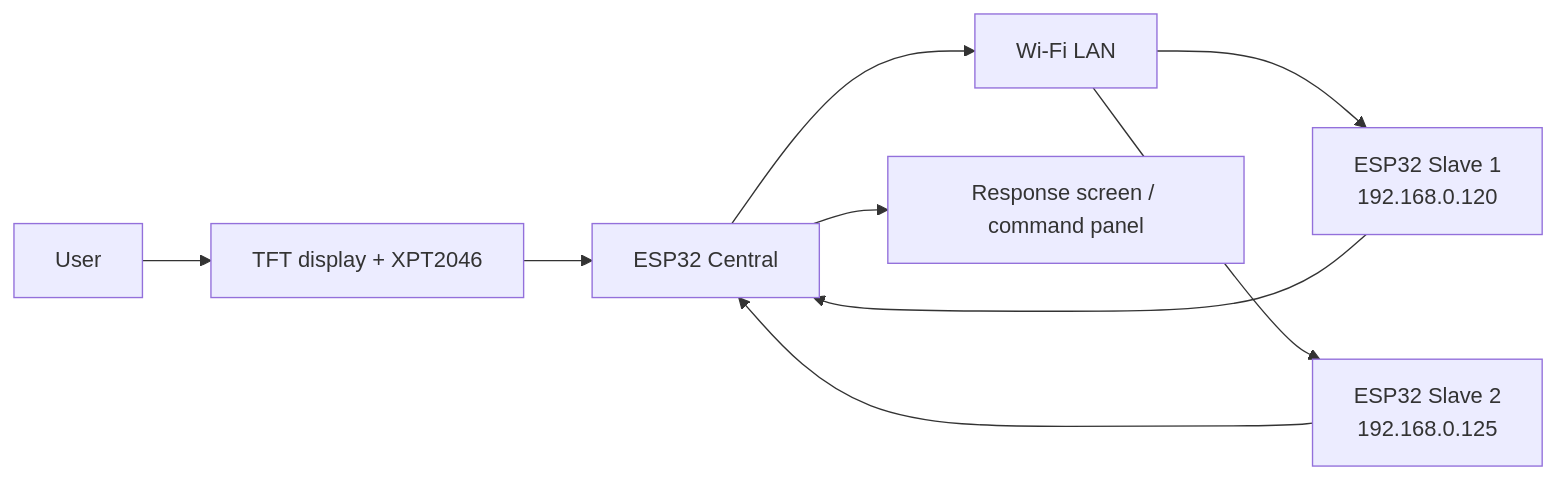
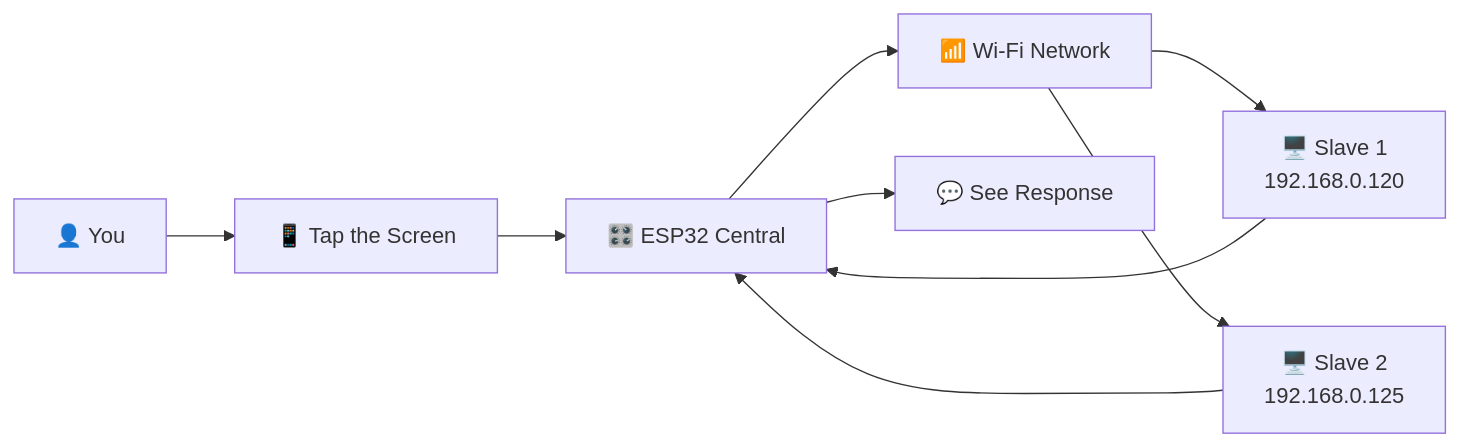
Before and after one commit to paulocfmarques-collab/esp32_central: the diagram in README.md, drawn with Mermaid. The commit also changed other lines of this file, not shown here.

````diff
--- a/README.md
+++ b/README.md
@@ -46,11 +31,11 @@
 ```mermaid
 flowchart LR
-    User[User] --> Touch[TFT display + XPT2046]
-    Touch --> Central[ESP32 Central]
-    Central --> WiFi[Wi‑Fi LAN]
-    WiFi --> Node1[ESP32 Slave 1<br/>192.168.0.120]
-    WiFi --> Node2[ESP32 Slave 2<br/>192.168.0.125]
+    User["👤 You"] --> Touch["📱 Tap the Screen"]
+    Touch --> Central["🎛️ ESP32 Central"]
+    Central --> WiFi["📶 Wi‑Fi Network"]
+    WiFi --> Node1["🖥️ Slave 1<br/>192.168.0.120"]
+    WiFi --> Node2["🖥️ Slave 2<br/>192.168.0.125"]
     Node1 --> Central
     Node2 --> Central
-    Central --> Display[Response screen / command panel]
+    Central --> Display["💬 See Response"]
 ```
````
